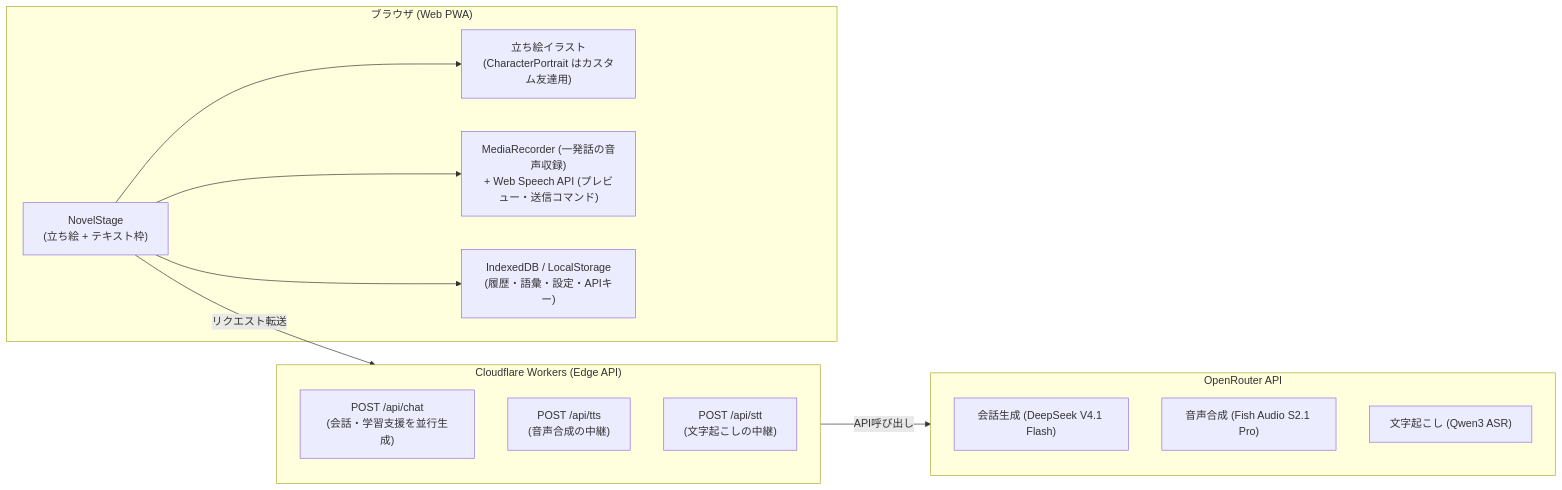
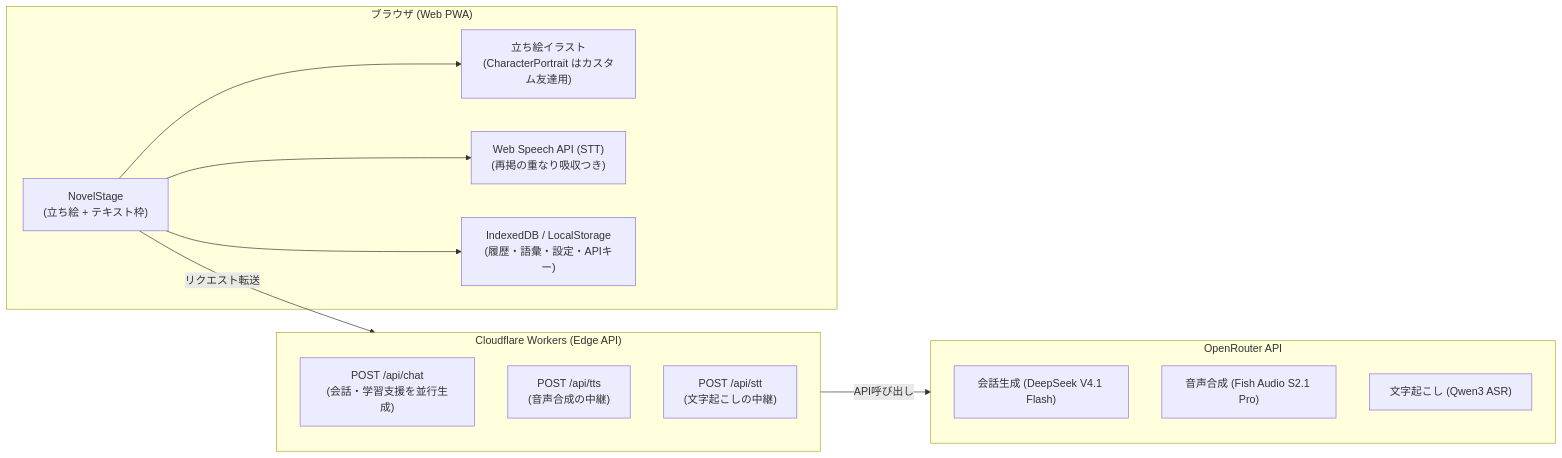
One commit to Satoshi-Hiramatsu/try-chinese changed the diagram in README.md. Above: the diagram before and after it, drawn with Mermaid. The commit also changed other lines of this file and 10 other files, not shown here.

````diff
--- a/README.md
+++ b/README.md
@@ -279,27 +279,27 @@
 ```mermaid
 flowchart LR
     subgraph Client["ブラウザ (Web PWA)"]
         Stage["NovelStage<br>(立ち絵 + テキスト枠)"]
         Portrait["立ち絵イラスト<br>(CharacterPortrait はカスタム友達用)"]
-        Speech["MediaRecorder (一発話の音声収録)<br>+ Web Speech API (プレビュー・送信コマンド)"]
+        Speech["Web Speech API (STT)<br>(再掲の重なり吸収つき)"]
         Storage["IndexedDB / LocalStorage<br>(履歴・語彙・設定・APIキー)"]
     end
 
     subgraph Server["Cloudflare Workers (Edge API)"]
         ChatRoute["POST /api/chat<br>(会話・学習支援を並行生成)"]
         TtsRoute["POST /api/tts<br>(音声合成の中継)"]
         SttRoute["POST /api/stt<br>(文字起こしの中継)"]
     end
 
     subgraph AI["OpenRouter API"]
         LLM["会話生成 (DeepSeek V4.1 Flash)"]
         TTS["音声合成 (Fish Audio S2.1 Pro)"]
         STT["文字起こし (Qwen3 ASR)"]
     end
 
     Stage --> Portrait
     Stage --> Storage
     Stage --> Speech
     Stage -->|リクエスト転送| Server
     Server -->|API呼び出し| AI
 ```
````
